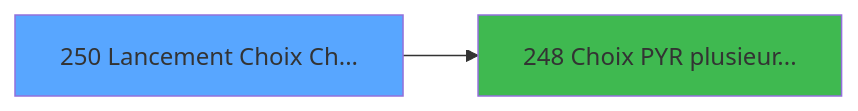
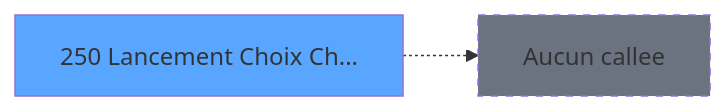
Before and after one commit to thonyAGP/magic-migration: the third of 3 diagrams in .openspec/specs/ADH-IDE-250.md, drawn with Mermaid. The commit also changed other lines of this file and 493 other files, not shown here.

````diff
--- a/.openspec/specs/ADH-IDE-250.md
+++ b/.openspec/specs/ADH-IDE-250.md
@@ -184,8 +174,8 @@
 ```mermaid
 graph LR
     T250[250 Lancement Choix Ch...]
     style T250 fill:#58a6ff
-    C248[248 Choix PYR plusieur...]
-    T250 --> C248
-    style C248 fill:#3fb950
+    NONE[Aucun callee]
+    T250 -.-> NONE
+    style NONE fill:#6b7280,stroke-dasharray: 5 5
 ```
````
